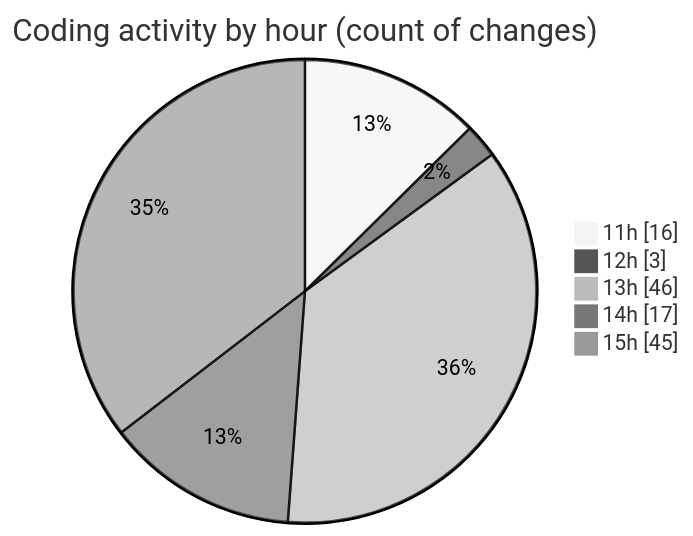
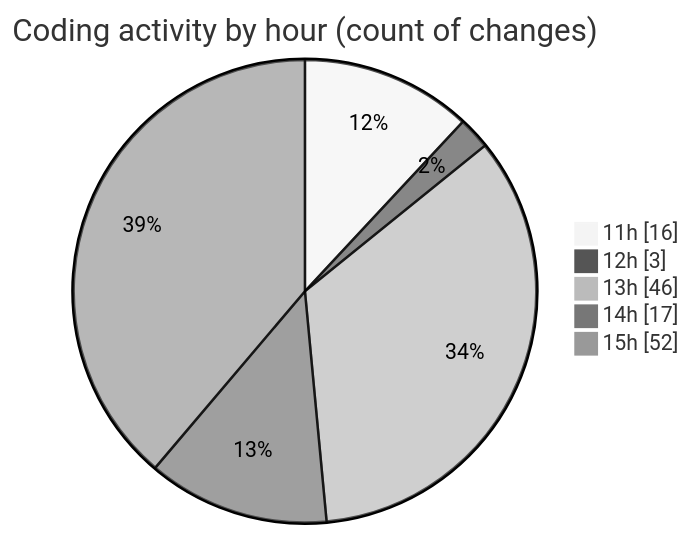
One commit to nxtqubesakshisongat/code-tracking changed the second of 2 diagrams in 2025-07-08/argos/README.md. Above: the diagram before and after it, drawn with Mermaid (neutral theme). The commit also changed other lines of this file and 1 other file, not shown here.

````diff
--- a/2025-07-08/argos/README.md
+++ b/2025-07-08/argos/README.md
@@ -34,9 +34,9 @@
 ```mermaid
 pie showData
 title Coding activity by hour (count of changes)
 "11h" : 16
 "12h" : 3
 "13h" : 46
 "14h" : 17
-"15h" : 45
+"15h" : 52
 ```
````
